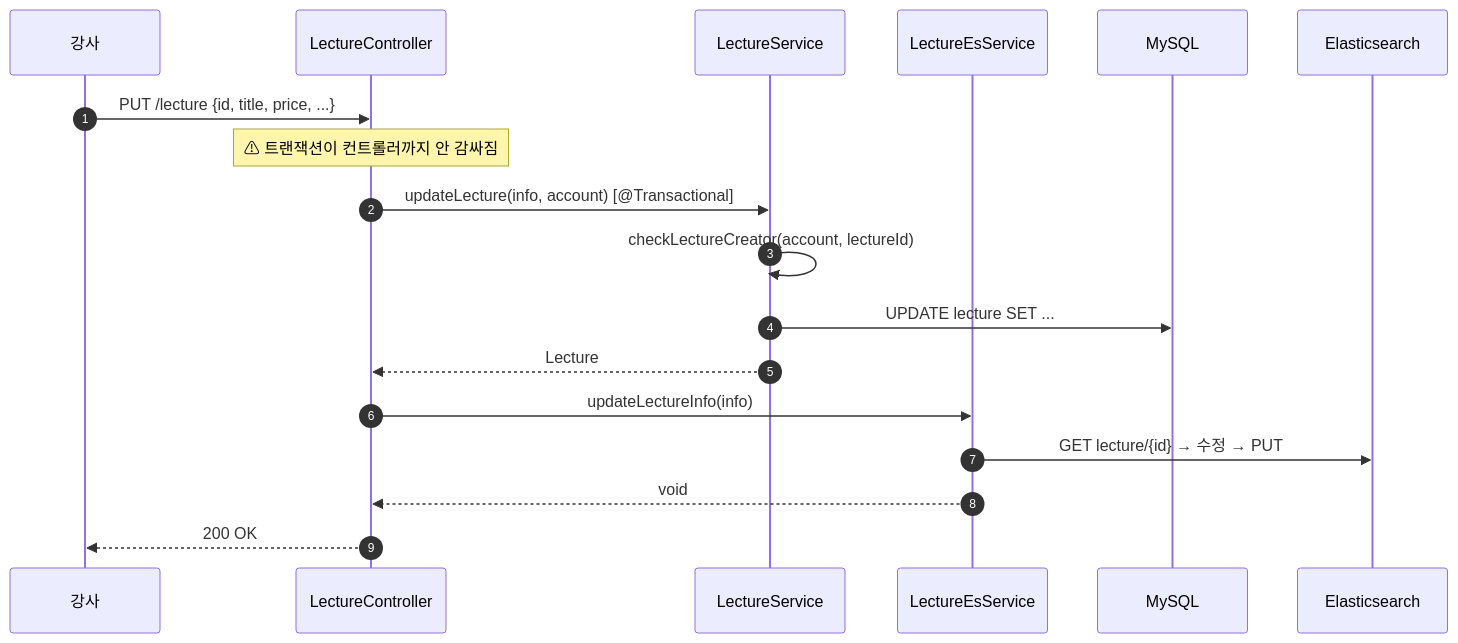
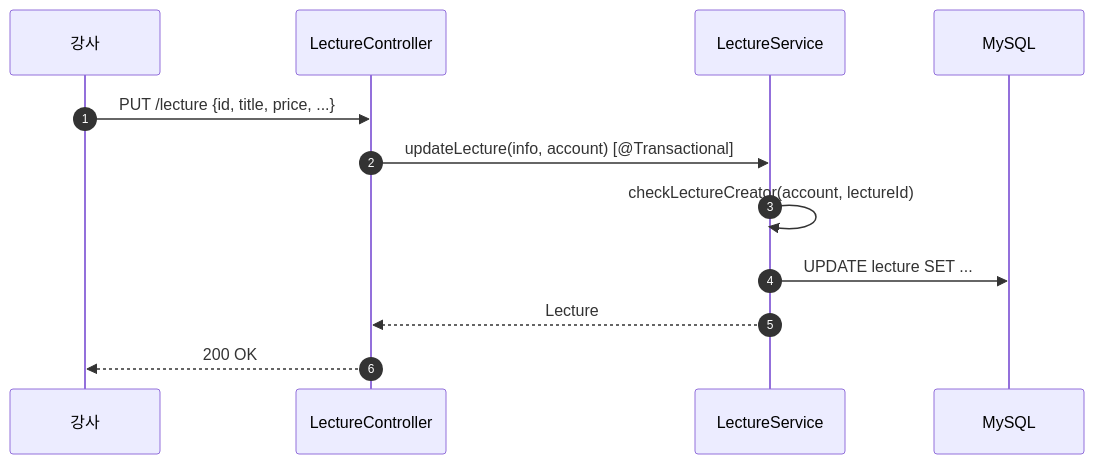
One commit to pungdong/Pungdong-Backend changed the fourth of 8 diagrams in docs/architecture/lecture.md. Above: the diagram before and after it, drawn with Mermaid. The commit also changed other lines of this file and 7 other files, not shown here.

````diff
--- a/docs/architecture/lecture.md
+++ b/docs/architecture/lecture.md
@@ -152,23 +131,16 @@
 ```mermaid
 sequenceDiagram
     autonumber
     participant Inst as 강사
     participant Ctrl as LectureController
     participant LSvc as LectureService
-    participant ESvc as LectureEsService
     participant DB as MySQL
-    participant ES as Elasticsearch
 
     Inst->>Ctrl: PUT /lecture {id, title, price, ...}
-    Note over Ctrl: ⚠ 트랜잭션이 컨트롤러까지 안 감싸짐
     Ctrl->>LSvc: updateLecture(info, account) [@Transactional]
     LSvc->>LSvc: checkLectureCreator(account, lectureId)
     LSvc->>DB: UPDATE lecture SET ...
     LSvc-->>Ctrl: Lecture
 
-    Ctrl->>ESvc: updateLectureInfo(info)
-    ESvc->>ES: GET lecture/{id} → 수정 → PUT
-    ESvc-->>Ctrl: void
-
     Ctrl-->>Inst: 200 OK
 ```
````
